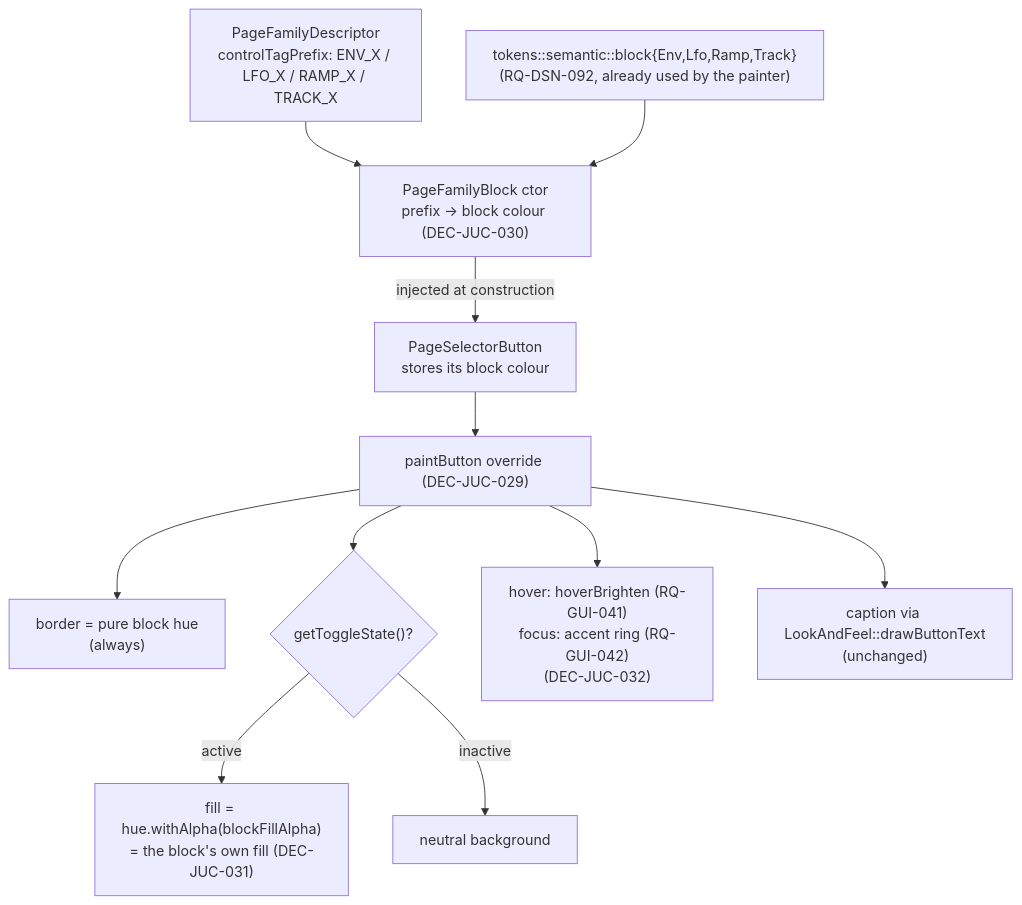
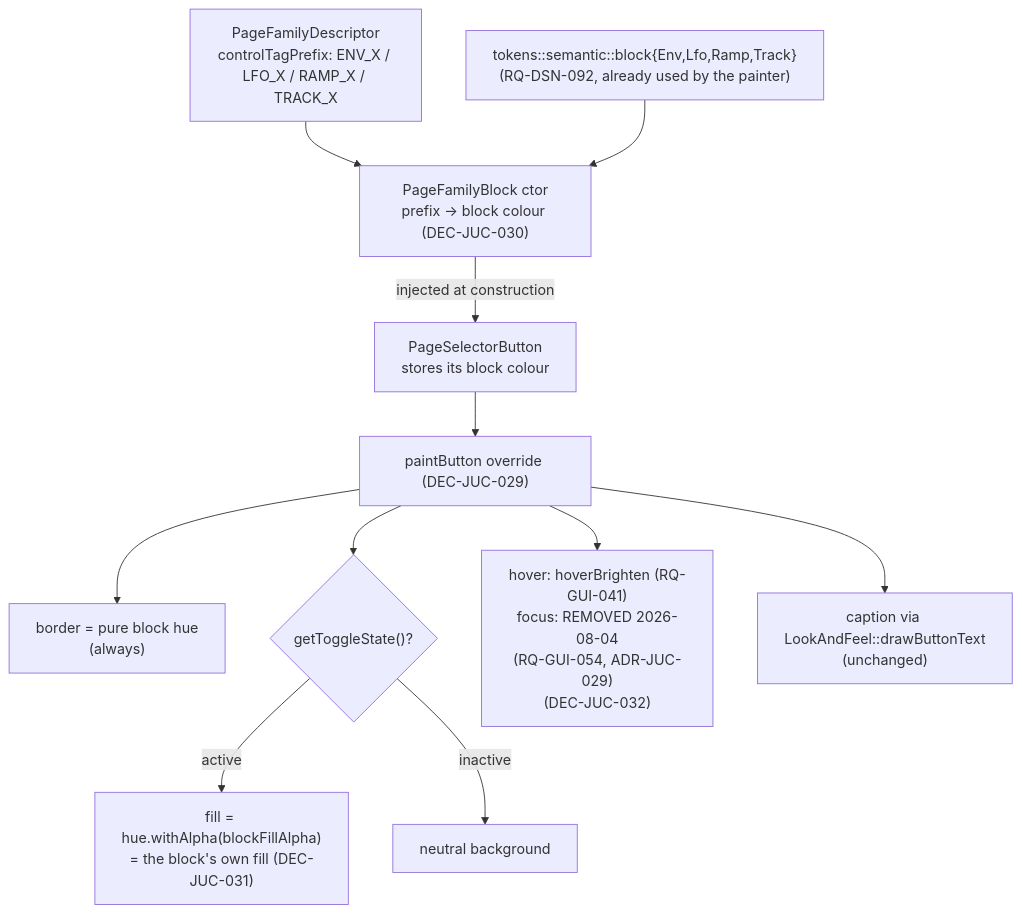
The diagram in process/2.architecture/ADR-JUC-019-page-selector-block-colour-identity.md (xplorer2716/XplorerEditor), drawn with Mermaid before and after one commit. The commit also changed other lines of this file and 16 other files, not shown here.

Commit message:
ADR-JUC-029/TASK-GFX-001 Withdraw RQ-GUI-042/RQ-DSN-033, add RQ-GUI-054/ADR-JUC-029/PLAN-GFX-001 (focus-indicator removal, docs only)

````diff
--- a/process/2.architecture/ADR-JUC-019-page-selector-block-colour-identity.md
+++ b/process/2.architecture/ADR-JUC-019-page-selector-block-colour-identity.md
@@ -127,15 +136,15 @@
 ```mermaid
 flowchart TD
     D["PageFamilyDescriptor<br/>controlTagPrefix: ENV_X / LFO_X / RAMP_X / TRACK_X"]
     T["tokens::semantic::block{Env,Lfo,Ramp,Track}<br/>(RQ-DSN-092, already used by the painter)"]
     D --> M["PageFamilyBlock ctor<br/>prefix -> block colour (DEC-JUC-030)"]
     T --> M
     M -->|"injected at construction"| B["PageSelectorButton<br/>stores its block colour"]
     B --> P["paintButton override (DEC-JUC-029)"]
     P --> BORDER["border = pure block hue<br/>(always)"]
     P --> FILL{"getToggleState()?"}
     FILL -- "active" --> F1["fill = hue.withAlpha(blockFillAlpha)<br/>= the block's own fill (DEC-JUC-031)"]
     FILL -- "inactive" --> F2["neutral background"]
-    P --> HF["hover: hoverBrighten (RQ-GUI-041)<br/>focus: accent ring (RQ-GUI-042)<br/>(DEC-JUC-032)"]
+    P --> HF["hover: hoverBrighten (RQ-GUI-041)<br/>focus: REMOVED 2026-08-04<br/>(RQ-GUI-054, ADR-JUC-029)<br/>(DEC-JUC-032)"]
     P --> TXT["caption via LookAndFeel::drawButtonText<br/>(unchanged)"]
 ```
````
